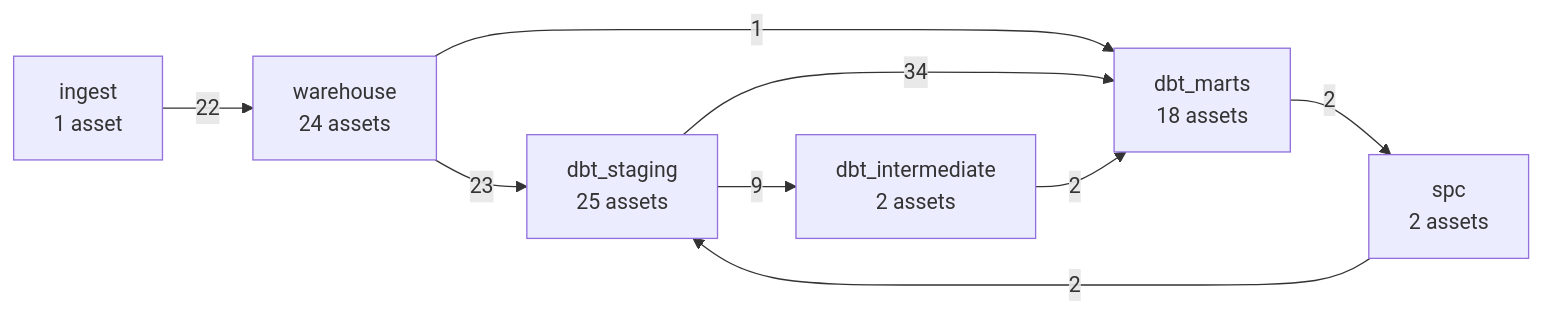
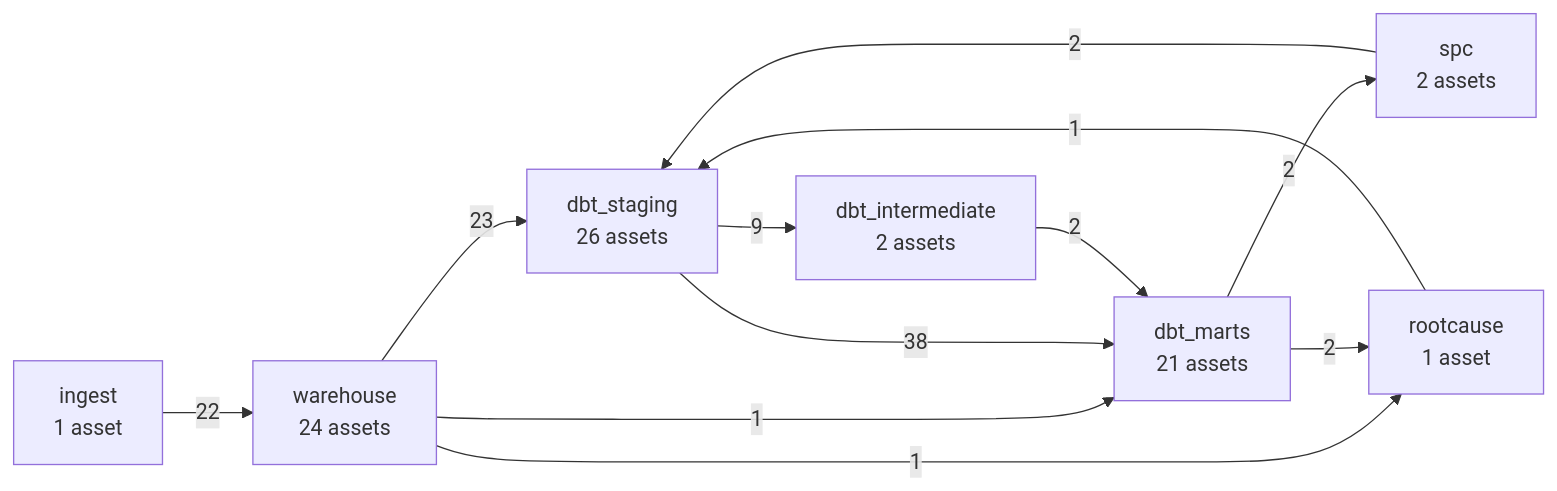
Before and after one commit to anson10/waferLens: the diagram in docs/pipeline.md, drawn with Mermaid. The commit also changed other lines of this file and 28 other files, not shown here.

````diff
--- a/docs/pipeline.md
+++ b/docs/pipeline.md
@@ -11,17 +11,21 @@
 ```mermaid
 flowchart LR
     ingest["ingest<br/>1 asset"]
     warehouse["warehouse<br/>24 assets"]
-    dbt_staging["dbt_staging<br/>25 assets"]
+    dbt_staging["dbt_staging<br/>26 assets"]
     dbt_intermediate["dbt_intermediate<br/>2 assets"]
-    dbt_marts["dbt_marts<br/>18 assets"]
+    dbt_marts["dbt_marts<br/>21 assets"]
     spc["spc<br/>2 assets"]
+    rootcause["rootcause<br/>1 asset"]
     ingest -->|22| warehouse
     warehouse -->|23| dbt_staging
     warehouse -->|1| dbt_marts
+    warehouse -->|1| rootcause
     dbt_staging -->|9| dbt_intermediate
-    dbt_staging -->|34| dbt_marts
+    dbt_staging -->|38| dbt_marts
     dbt_intermediate -->|2| dbt_marts
     dbt_marts -->|2| spc
+    dbt_marts -->|2| rootcause
     spc -->|2| dbt_staging
+    rootcause -->|1| dbt_staging
 ```
````
